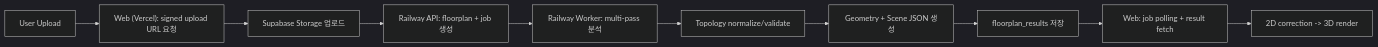
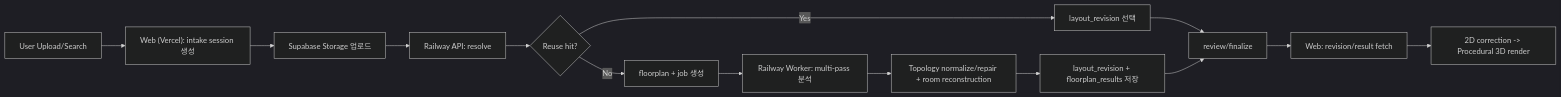
Before and after one commit to HHSOLL/Plan2Space: the diagram in docs/floorplan-3d-flow.md, drawn with Mermaid (dark theme). The commit also changed other lines of this file and 74 other files, not shown here.

````diff
--- a/docs/floorplan-3d-flow.md
+++ b/docs/floorplan-3d-flow.md
@@ -5,12 +5,16 @@
 ```mermaid
 flowchart LR
-  A["User Upload"] --> B["Web (Vercel): signed upload URL 요청"]
+  A["User Upload/Search"] --> B["Web (Vercel): intake session 생성"]
   B --> C["Supabase Storage 업로드"]
-  C --> D["Railway API: floorplan + job 생성"]
-  D --> E["Railway Worker: multi-pass 분석"]
-  E --> F["Topology normalize/validate"]
-  F --> G["Geometry + Scene JSON 생성"]
-  G --> H["floorplan_results 저장"]
-  H --> I["Web: job polling + result fetch"]
-  I --> J["2D correction -> 3D render"]
+  C --> D["Railway API: resolve"]
+  D --> E{"Reuse hit?"}
+  E -->|Yes| F["layout_revision 선택"]
+  E -->|No| G["floorplan + job 생성"]
+  G --> H["Railway Worker: multi-pass 분석"]
+  H --> I["Topology normalize/repair + room reconstruction"]
+  I --> J["layout_revision + floorplan_results 저장"]
+  F --> K["review/finalize"]
+  J --> K
+  K --> L["Web: revision/result fetch"]
+  L --> M["2D correction -> Procedural 3D render"]
 ```
````
